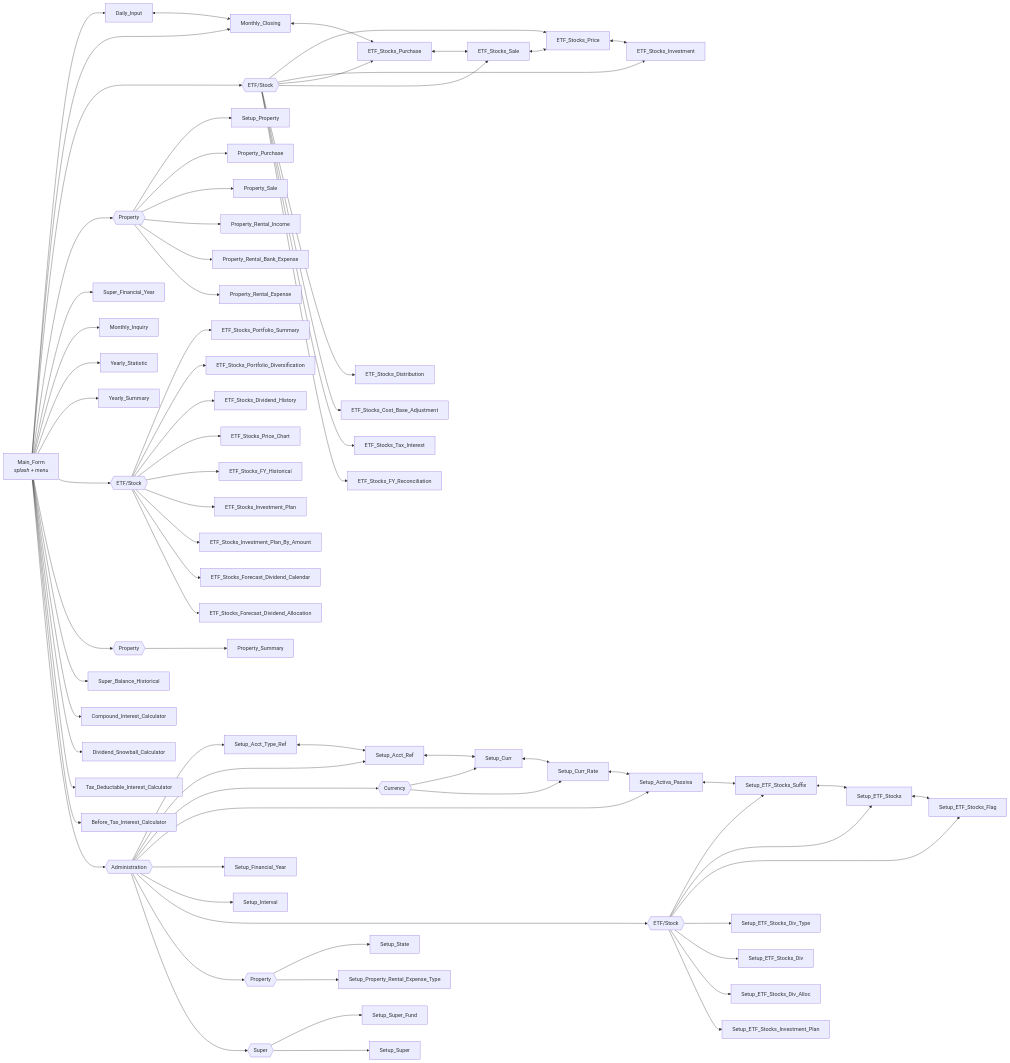
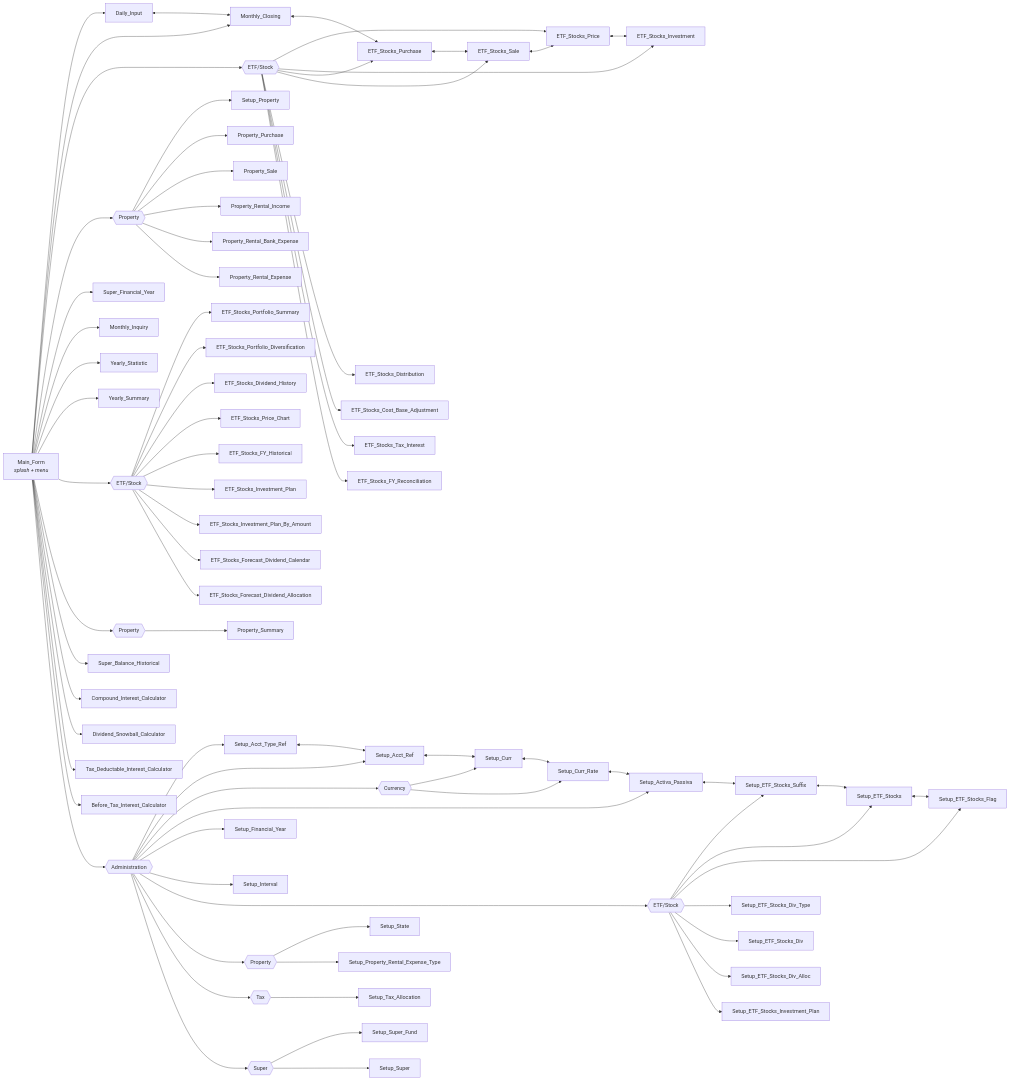
Before and after one commit to oscar-rijadi/FinancialBalance: the second of 3 diagrams in README.md, drawn with Mermaid. The commit also changed other lines of this file and 68 other files, not shown here.

Commit message:
Add page Setup Tax Allocation

```diff
--- a/README.md
+++ b/README.md
@@ -172,6 +173,8 @@
     ADMIN --> PROPG{{"Property"}}
     PROPG --> SST["Setup_State"]
     PROPG --> SPRET["Setup_Property_Rental_Expense_Type"]
+    ADMIN --> TAXG{{"Tax"}}
+    TAXG --> STA["Setup_Tax_Allocation"]
     ADMIN --> SUPG{{"Super"}}
     SUPG --> SSF["Setup_Super_Fund"]
     SUPG --> SSU["Setup_Super"]
```
